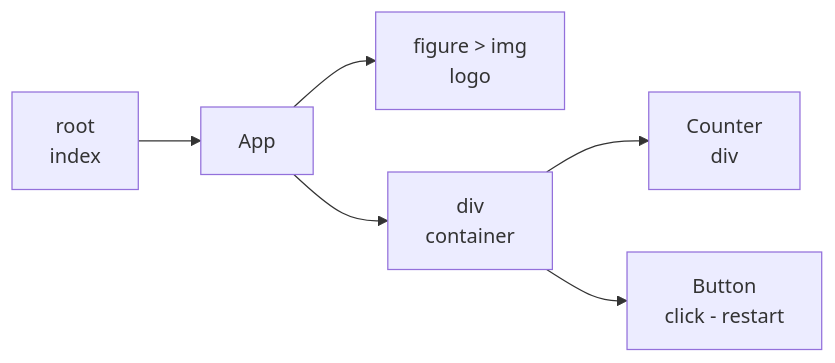
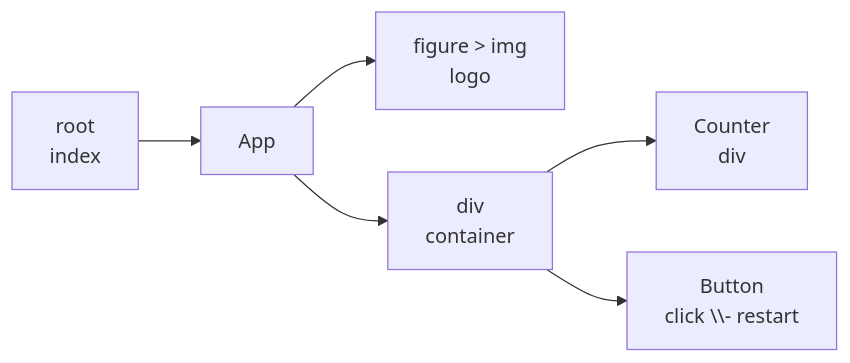
The diagram in README.md (alevroses/react__click-counter), drawn with Mermaid before and after one commit.

````diff
--- a/README.md
+++ b/README.md
@@ -7,8 +7,8 @@
 ```mermaid
 graph LR
     A[root \n index] --> B[App]
     B --> C[figure > img \n logo]
     B --> D[div \n container]
     D --> E[Counter \n div]
-    D --> F[Button \n click - restart]
+    D --> F[Button \n click \\- restart]
 ```
````
